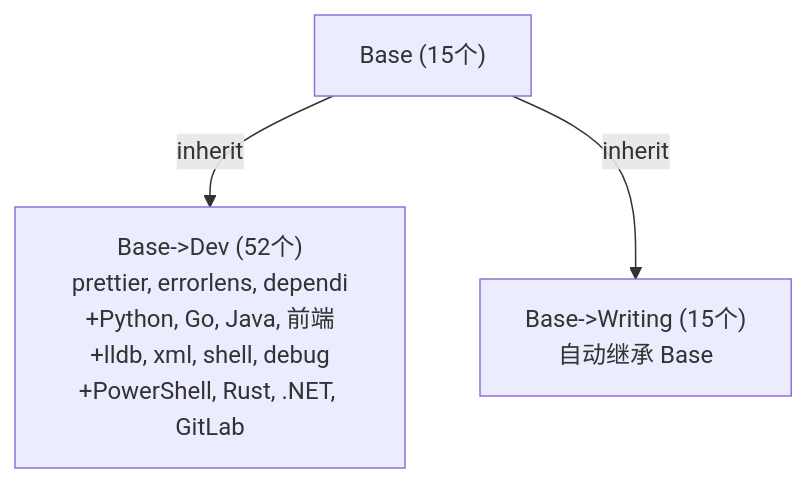
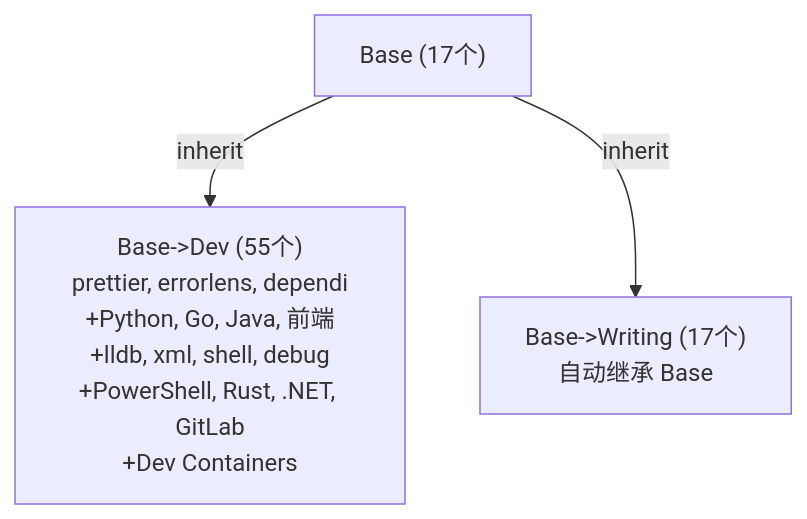
The diagram in vscode配置文件及其配置明细.md (alexjthomson/inherit-profile), drawn with Mermaid before and after one commit. The commit also changed other lines of this file and 2 other files, not shown here.

````diff
--- a/vscode配置文件及其配置明细.md
+++ b/vscode配置文件及其配置明细.md
@@ -220,9 +254,9 @@
 ```mermaid
 graph TB
-    Base["Base (15个)"]
-    Dev["Base->Dev (52个)<br/>prettier, errorlens, dependi<br/>+Python, Go, Java, 前端<br/>+lldb, xml, shell, debug<br/>+PowerShell, Rust, .NET, GitLab"]
-    Writing["Base->Writing (15个)<br/>自动继承 Base"]
+    Base["Base (17个)"]
+    Dev["Base->Dev (55个)<br/>prettier, errorlens, dependi<br/>+Python, Go, Java, 前端<br/>+lldb, xml, shell, debug<br/>+PowerShell, Rust, .NET, GitLab<br/>+Dev Containers"]
+    Writing["Base->Writing (17个)<br/>自动继承 Base"]
 
     Base -->|inherit| Dev
     Base -->|inherit| Writing
 ```
````
